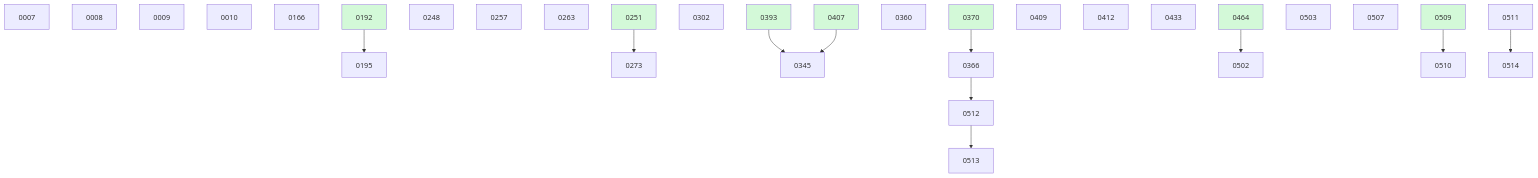
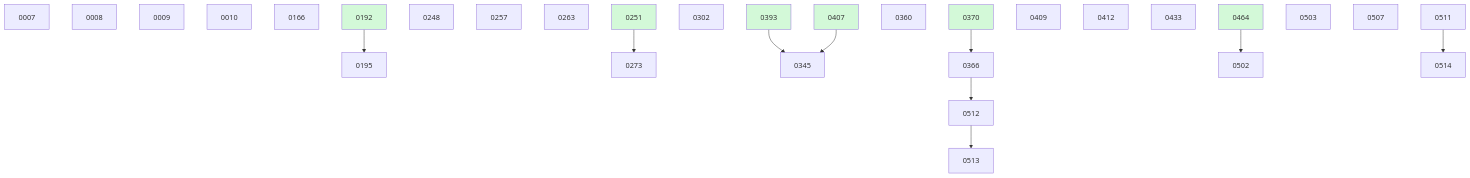
The diagram in docs/changes/BOARD.md (danielhanold/docket), drawn with Mermaid before and after one commit. The commit also changed other lines of this file and 2 other files, not shown here.

First line of the commit message:
change 0510 closed out (done, archived)

````diff
--- a/docs/changes/BOARD.md
+++ b/docs/changes/BOARD.md
@@ -55,37 +49,35 @@
 ```mermaid
 graph TD
   0007
   0008
   0009
   0010
   0166
   0192 --> 0195
   0248
   0257
   0263
   0251 --> 0273
   0302
   0393 --> 0345
   0407 --> 0345
   0360
   0370 --> 0366
   0409
   0412
   0433
   0464 --> 0502
   0503
   0507
-  0509 --> 0510
   0511
   0366 --> 0512
   0512 --> 0513
   0511 --> 0514
   0192:::done
   0251:::done
   0370:::done
   0393:::done
   0407:::done
   0464:::done
-  0509:::done
   classDef done fill:#d3f9d8;
 ```
````
